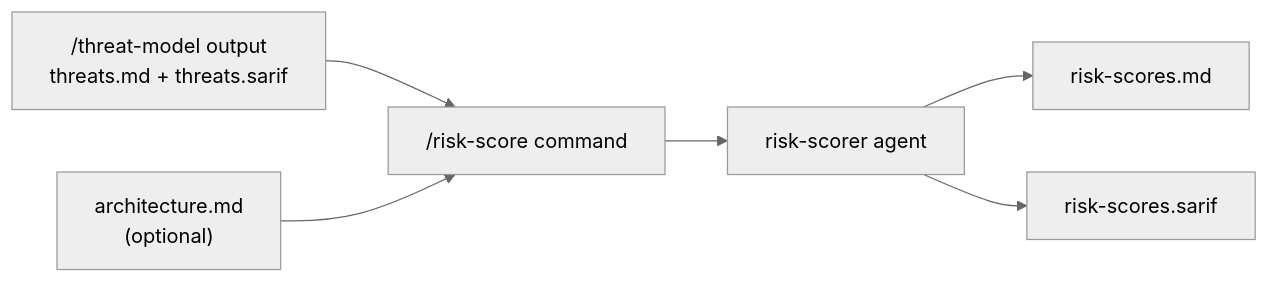
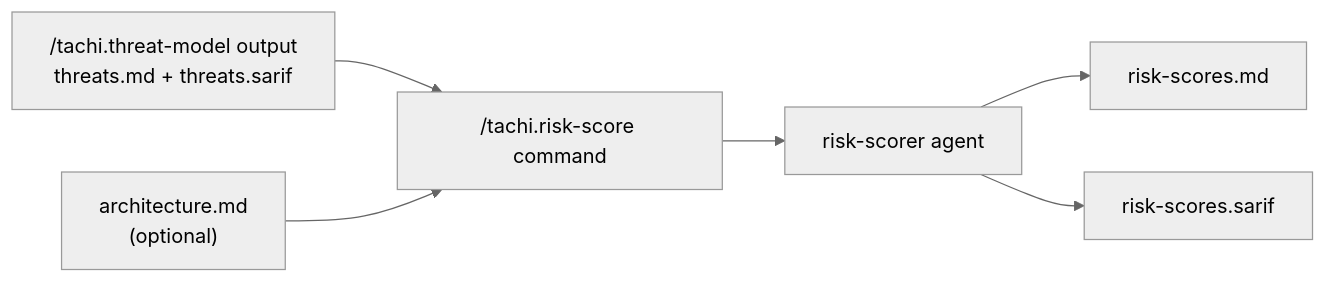
One commit to q-qp-p/davidmatousek-tachi changed the fifth of 8 diagrams in docs/architecture/01_system_design/README.md. Above: the diagram before and after it, drawn with Mermaid (neutral theme). The commit also changed other lines of this file and 51 other files, not shown here.

````diff
--- a/docs/architecture/01_system_design/README.md
+++ b/docs/architecture/01_system_design/README.md
@@ -889,8 +889,8 @@
 ```mermaid
 graph LR
-    A["/threat-model output<br>threats.md + threats.sarif"] --> B["/risk-score command"]
+    A["/tachi.threat-model output<br>threats.md + threats.sarif"] --> B["/tachi.risk-score command"]
     C["architecture.md<br>(optional)"] --> B
     B --> D["risk-scorer agent"]
     D --> E["risk-scores.md"]
     D --> F["risk-scores.sarif"]
 ```
````
